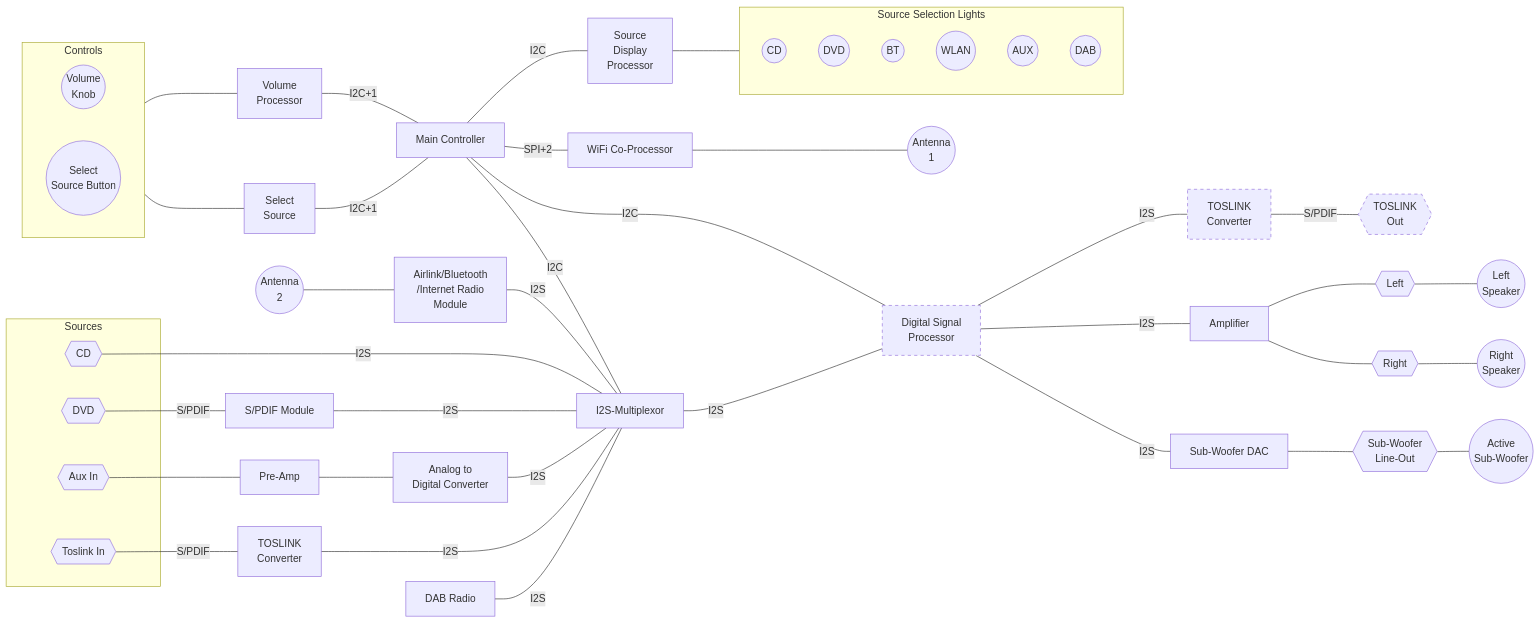
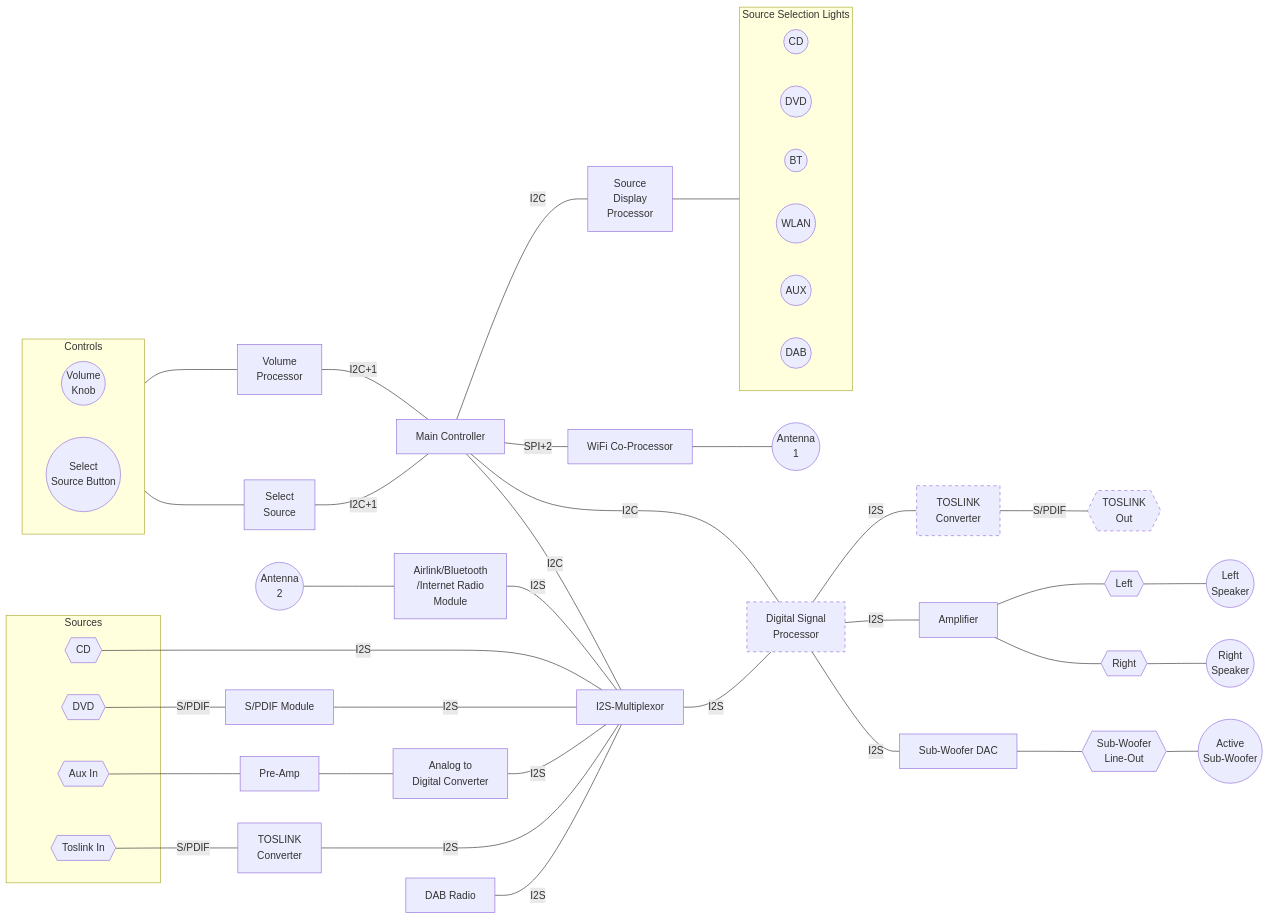
One commit to adoble/modular-audio changed the first of 3 diagrams in README.md. Above: the diagram before and after it, drawn with Mermaid.

Commit message:
Rearranging the system diagram

````diff
--- a/README.md
+++ b/README.md
@@ -13,65 +13,66 @@
 ```mermaid
 graph LR;
 
 main_ctrl -- I2C --- source_display_proc["Source <br> Display <br> Processor"] --- source_sel_display
 main_ctrl["Main Controller"] -- I2C --- i2sm[I2S-Multiplexor];
 wifi --- antenna1((Antenna <br> 1));
 
 main_ctrl -- I2C --- dsp;
 main_ctrl -- SPI+2 --- wifi["WiFi Co-Processor"]
 i2sm -- I2S --- dsp["Digital Signal <br> Processor"] -- I2S --- amp[Amplifier];
 dsp -- I2S --- toslink_out_converter[TOSLINK<br>Converter] -- "S/PDIF" --- toslink_out{{TOSLINK <br> Out}};
 
 
 style dsp stroke-dasharray: 5 5;
 style toslink_out_converter stroke-dasharray: 5 5;
 style toslink_out stroke-dasharray: 5 5;
 
 
 subgraph sources [Sources]
     cd{{CD}};
     dvd{{DVD}};
     tos_link_in{{Toslink In}}
     aux{{Aux In}};
     
 end
 
 subgraph source_sel_display [Source Selection Lights]
-    cd_source_selected((CD ))
-    dvd_source_selected((DVD))
-    bluetooth_source_selected((BT ))
-    wlan_source_selected((WLAN))
-    aux_source_selected((AUX))
-    dab_source_selected((DAB))
+    direction RL;
+    cd_source_selected((CD ));
+    dvd_source_selected((DVD));
+    bluetooth_source_selected((BT ));
+    wlan_source_selected((WLAN));
+    aux_source_selected((AUX));
+    dab_source_selected((DAB));
 end
 
 antenna2((Antenna <br> 2)) --- airlink;
 airlink["Airlink/Bluetooth <br> /Internet Radio <br> Module"] -- I2S --- i2sm
 cd -- I2S  --- i2sm;
 dvd -- "S/PDIF" --- spdif["S/PDIF Module"] -- I2S --- i2sm;
 aux --- Pre-Amp --- adc[Analog to <br>Digital Converter] -- I2S --- i2sm;
 tos_link_in -- "S/PDIF" --- toslink_converter[TOSLINK<br>Converter] -- I2S --- i2sm; 
 dab["DAB Radio"] -- I2S --- i2sm
 
 amp --- left{{Left}} --- left_spk((Left <br> Speaker)) 
 amp --- right{{Right}} --- right_spk((Right <br> Speaker)) 
 
 dsp -- I2S --- sw-dac[Sub-Woofer DAC] --- sw-line-out{{Sub-Woofer<br>Line-Out}} --- active-sw((Active<br>Sub-Woofer))
 
 
 vol_proc[Volume <br> Processor];
 sel_source[Select <br> Source <br>];
 
 subgraph controls[Controls]
     direction RL;
     vol_knob((Volume <br> Knob));
     sel_source_btn((Select <br> Source Button))
 end
 
 vol_knob --- vol_proc -- I2C+1--- main_ctrl;
 sel_source_btn --- sel_source -- I2C+1--- main_ctrl;
 
 
 click main_ctrl "https://github.com/adoble/modular-audio/blob/main/README.md#controller"
 click i2sm "https://github.com/adoble/modular-audio/tree/main/hardware/i2s-multiplexer" "Click to see sub-repository"
 ```
````
